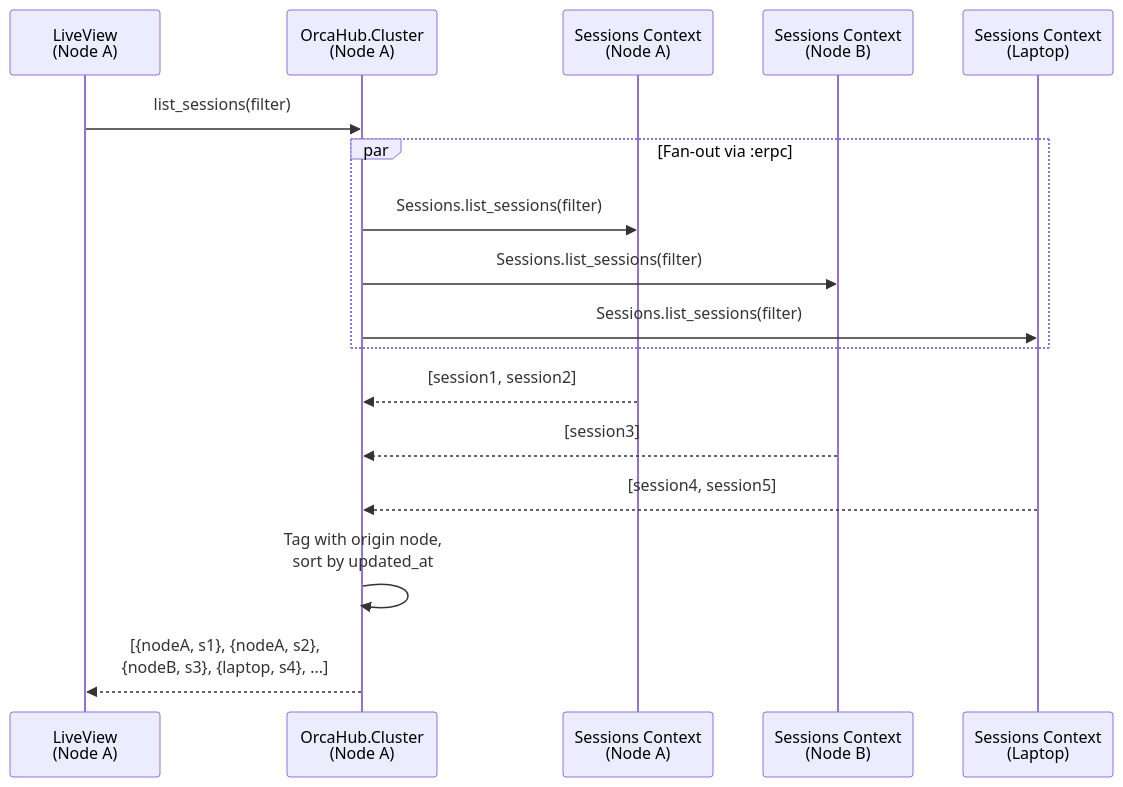
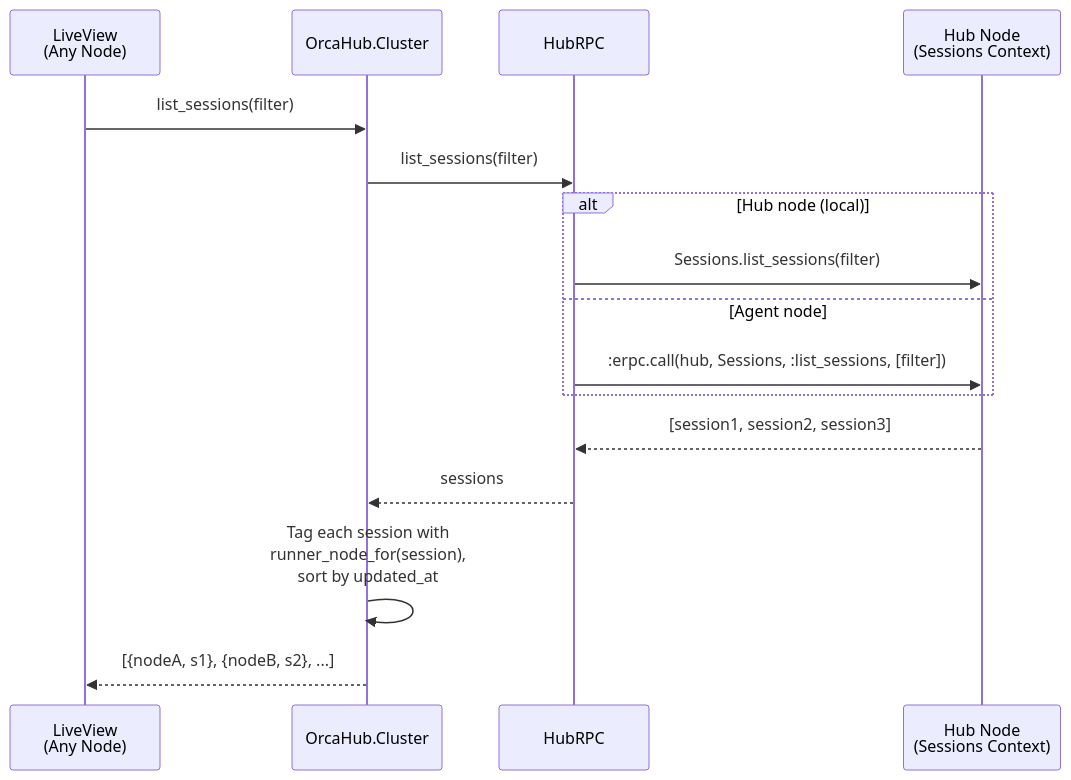
Before and after one commit to zingbretsen/orca_hub: the fourth of 6 diagrams in .context/clustering.md, drawn with Mermaid. The commit also changed other lines of this file and 26 other files, not shown here.

First line of the commit message:
Add hub/agent mode with HubRPC for centralized DB access

````diff
--- a/.context/clustering.md
+++ b/.context/clustering.md
@@ -72,20 +100,19 @@
 ```mermaid
 sequenceDiagram
-    participant UI as LiveView<br/>(Node A)
-    participant Cluster as OrcaHub.Cluster<br/>(Node A)
-    participant NodeA as Sessions Context<br/>(Node A)
-    participant NodeB as Sessions Context<br/>(Node B)
-    participant Laptop as Sessions Context<br/>(Laptop)
+    participant UI as LiveView<br/>(Any Node)
+    participant Cluster as OrcaHub.Cluster
+    participant HubRPC as HubRPC
+    participant Hub as Hub Node<br/>(Sessions Context)
 
     UI->>Cluster: list_sessions(filter)
-    par Fan-out via :erpc
-        Cluster->>NodeA: Sessions.list_sessions(filter)
-        Cluster->>NodeB: Sessions.list_sessions(filter)
-        Cluster->>Laptop: Sessions.list_sessions(filter)
+    Cluster->>HubRPC: list_sessions(filter)
+    alt Hub node (local)
+        HubRPC->>Hub: Sessions.list_sessions(filter)
+    else Agent node
+        HubRPC->>Hub: :erpc.call(hub, Sessions, :list_sessions, [filter])
     end
-    NodeA-->>Cluster: [session1, session2]
-    NodeB-->>Cluster: [session3]
-    Laptop-->>Cluster: [session4, session5]
-    Cluster->>Cluster: Tag with origin node,<br/>sort by updated_at
-    Cluster-->>UI: [{nodeA, s1}, {nodeA, s2},<br/>{nodeB, s3}, {laptop, s4}, ...]
+    Hub-->>HubRPC: [session1, session2, session3]
+    HubRPC-->>Cluster: sessions
+    Cluster->>Cluster: Tag each session with<br/>runner_node_for(session),<br/>sort by updated_at
+    Cluster-->>UI: [{nodeA, s1}, {nodeB, s2}, ...]
 ```
````
